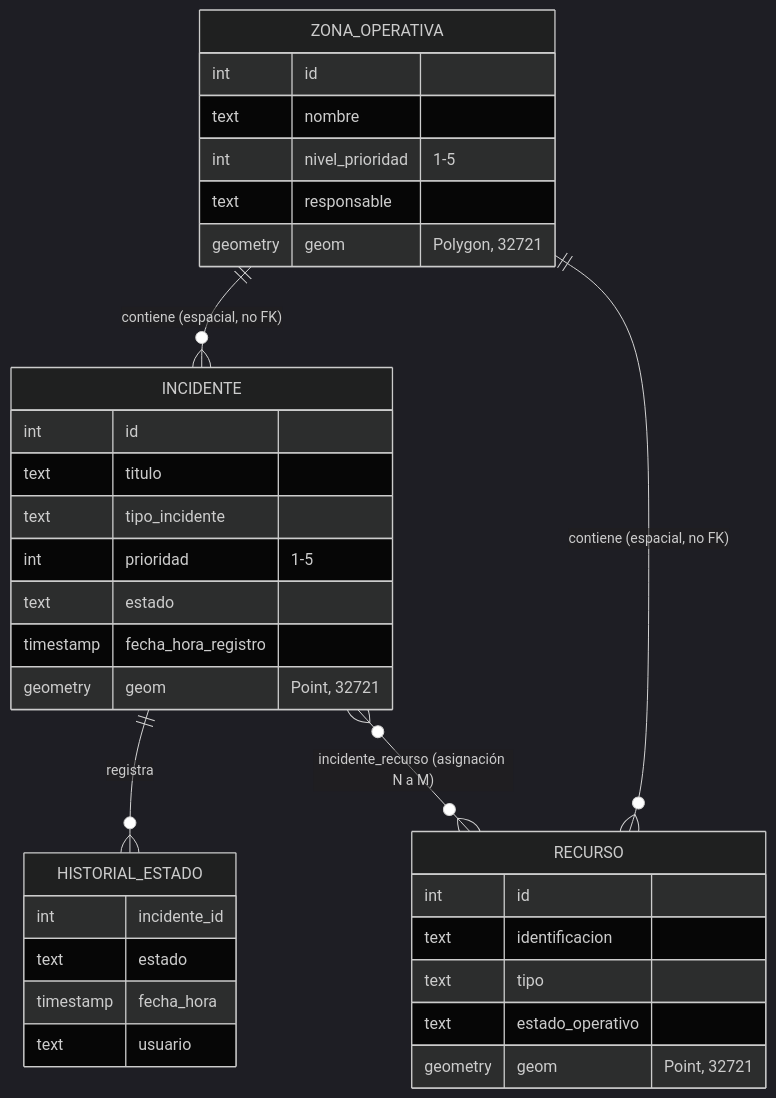
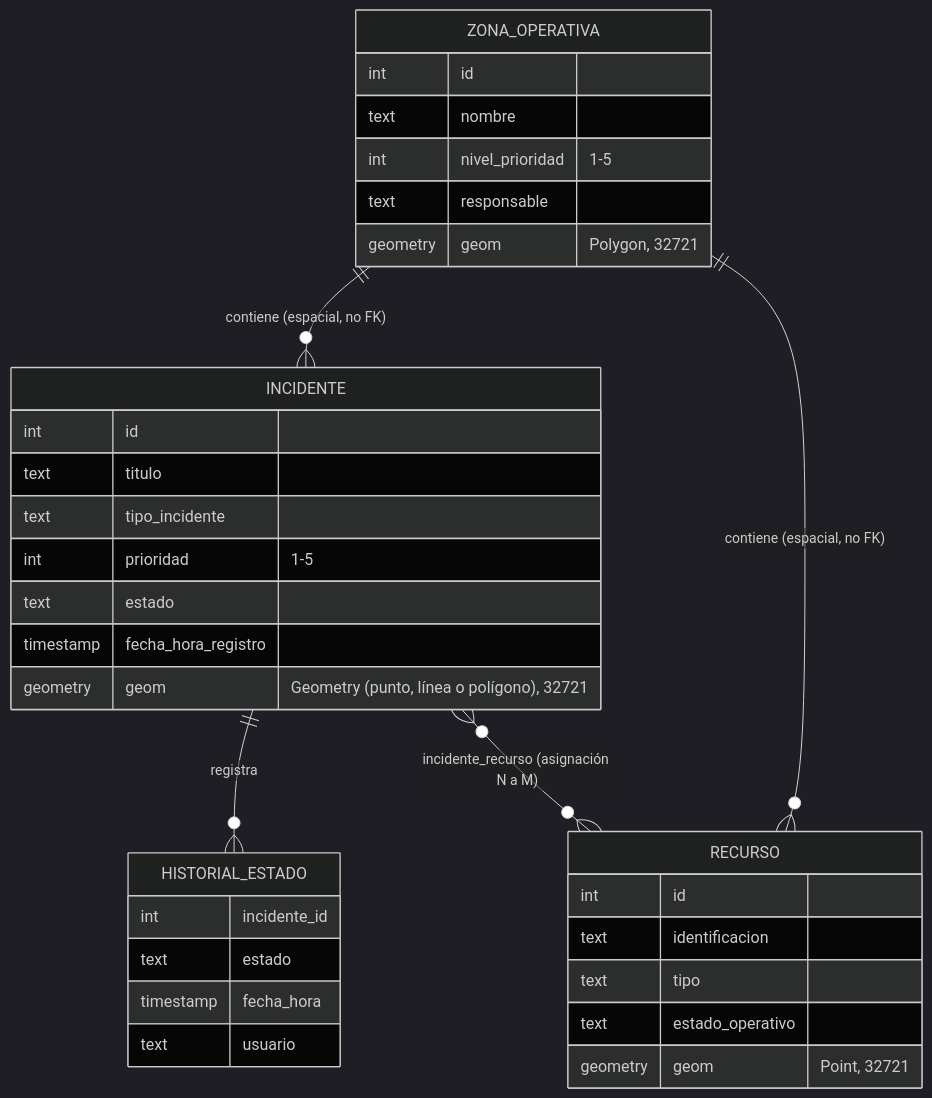
One commit to Facu185/geotravel changed the second of 3 diagrams in docs/diagramas/arquitectura.md. Above: the diagram before and after it, drawn with Mermaid (dark theme). The commit also changed other lines of this file and 2 other files, not shown here.

````diff
--- a/docs/diagramas/arquitectura.md
+++ b/docs/diagramas/arquitectura.md
@@ -52,37 +54,37 @@
 ```mermaid
 erDiagram
     ZONA_OPERATIVA ||--o{ INCIDENTE : "contiene (espacial, no FK)"
     ZONA_OPERATIVA ||--o{ RECURSO : "contiene (espacial, no FK)"
     INCIDENTE ||--o{ HISTORIAL_ESTADO : "registra"
     INCIDENTE }o--o{ RECURSO : "incidente_recurso (asignación N a M)"
 
     ZONA_OPERATIVA {
         int id
         text nombre
         int nivel_prioridad "1-5"
         text responsable
         geometry geom "Polygon, 32721"
     }
     RECURSO {
         int id
         text identificacion
         text tipo
         text estado_operativo
         geometry geom "Point, 32721"
     }
     INCIDENTE {
         int id
         text titulo
         text tipo_incidente
         int prioridad "1-5"
         text estado
         timestamp fecha_hora_registro
-        geometry geom "Point, 32721"
+        geometry geom "Geometry (punto, línea o polígono), 32721"
     }
     HISTORIAL_ESTADO {
         int incidente_id
         text estado
         timestamp fecha_hora
         text usuario
     }
 ```
````
